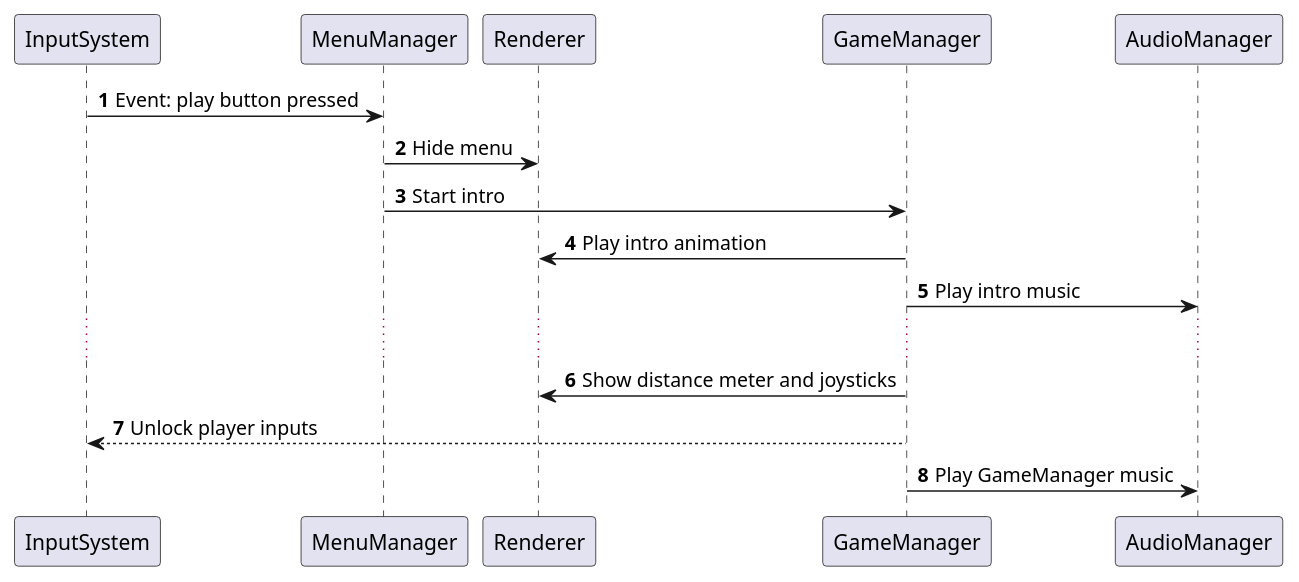
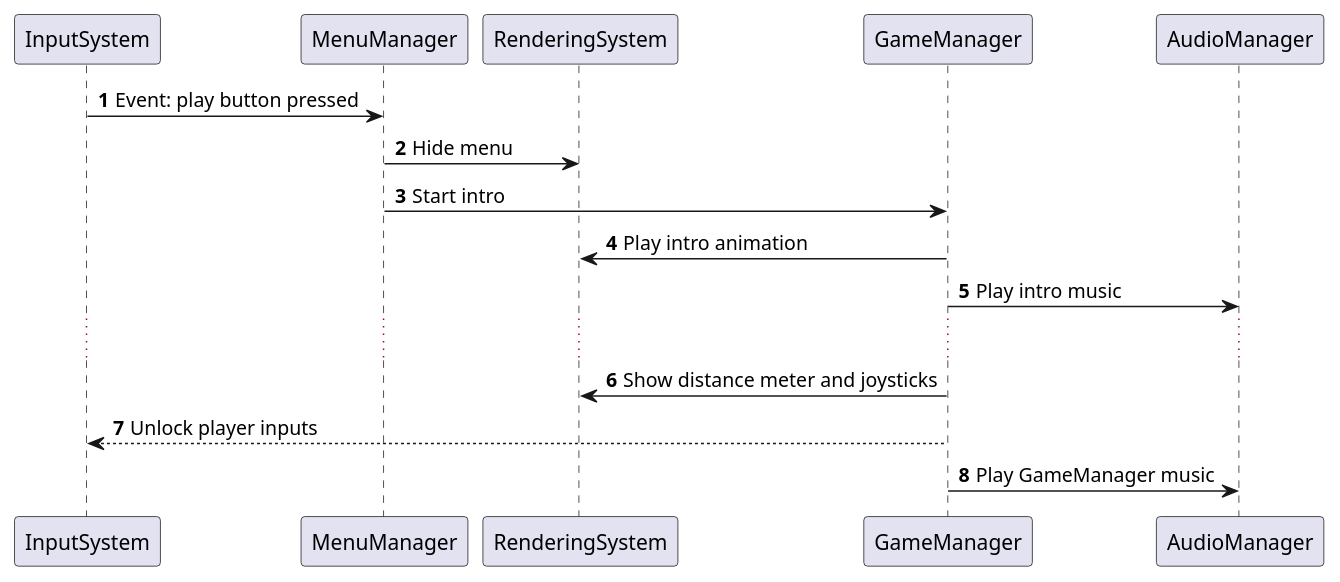
Before and after one commit to CKTA00/Robbery_Rush_UML: the diagram in UML/UI sequence diagram.puml, drawn with PlantUML. The commit also changed 1 other file, not shown here.

Commit message:
polishing, added game engine subsystem

```diff
--- a/UML/UI sequence diagram.puml
+++ b/UML/UI sequence diagram.puml
@@ -1,19 +1,19 @@
 @startuml
 'https://plantuml.com/sequence-diagram
 
 autonumber
 
 'just ideas
 InputSystem -> MenuManager: Event: play button pressed
-MenuManager -> Renderer: Hide menu
+MenuManager -> RenderingSystem: Hide menu
 MenuManager -> GameManager: Start intro
-GameManager -> Renderer: Play intro animation
+GameManager -> RenderingSystem: Play intro animation
 GameManager -> AudioManager: Play intro music
 ...
 
-GameManager -> Renderer: Show distance meter and joysticks
+GameManager -> RenderingSystem: Show distance meter and joysticks
 GameManager --> InputSystem: Unlock player inputs
 GameManager -> AudioManager: Play GameManager music
 
 
 @enduml
```
